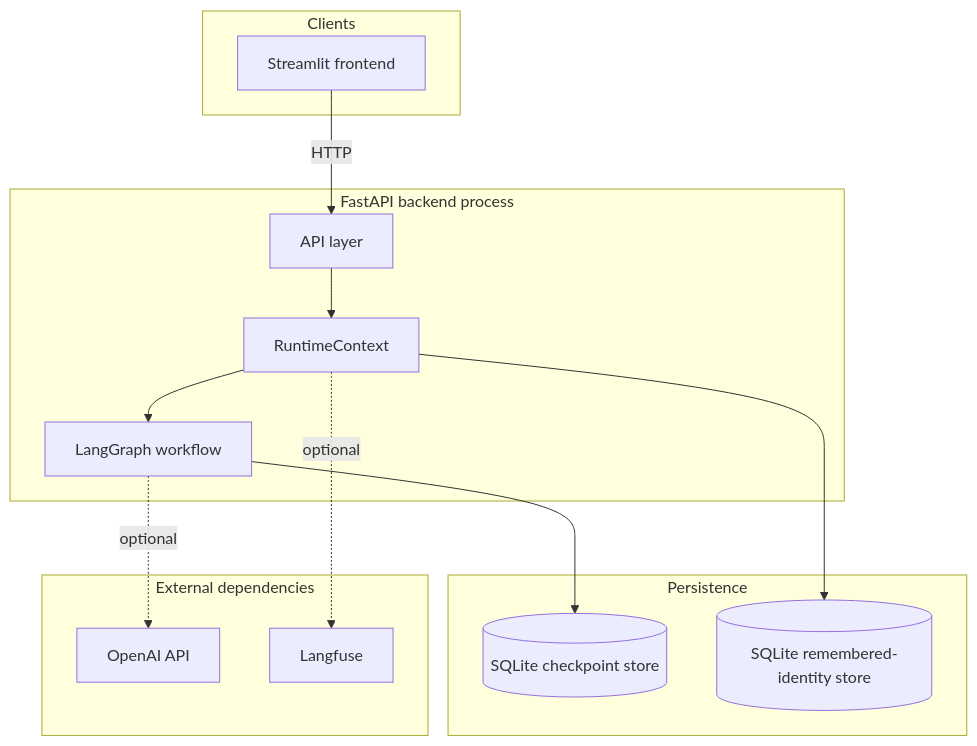
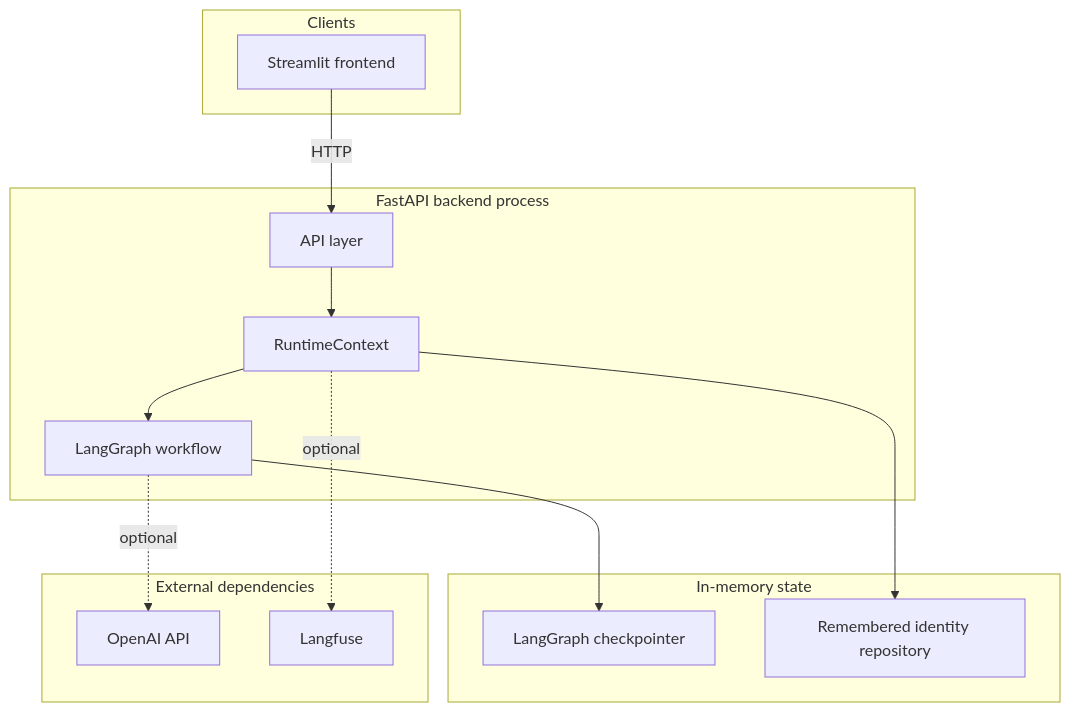
Before and after one commit to ktakanopy/appointment-bot: the first of 4 diagrams in docs/architecture.md, drawn with Mermaid. The commit also changed other lines of this file and 21 other files, not shown here.

````diff
--- a/docs/architecture.md
+++ b/docs/architecture.md
@@ -9,30 +9,30 @@
 ```mermaid
 flowchart TB
   subgraph clients["Clients"]
     ST[Streamlit frontend]
   end
 
   subgraph api["FastAPI backend process"]
     HTTP[API layer]
     RC[RuntimeContext]
     G[LangGraph workflow]
     HTTP --> RC
     RC --> G
   end
 
-  subgraph persistence["Persistence"]
-    CP[(SQLite checkpoint store)]
-    ID[(SQLite remembered-identity store)]
+  subgraph state["In-memory state"]
+    CP[LangGraph checkpointer]
+    ID[Remembered identity repository]
   end
 
   subgraph external["External dependencies"]
     OAI[OpenAI API]
     LF[Langfuse]
   end
 
   ST -->|HTTP| HTTP
   G --> CP
   RC --> ID
   G -. optional .-> OAI
   RC -. optional .-> LF
 ```
````
